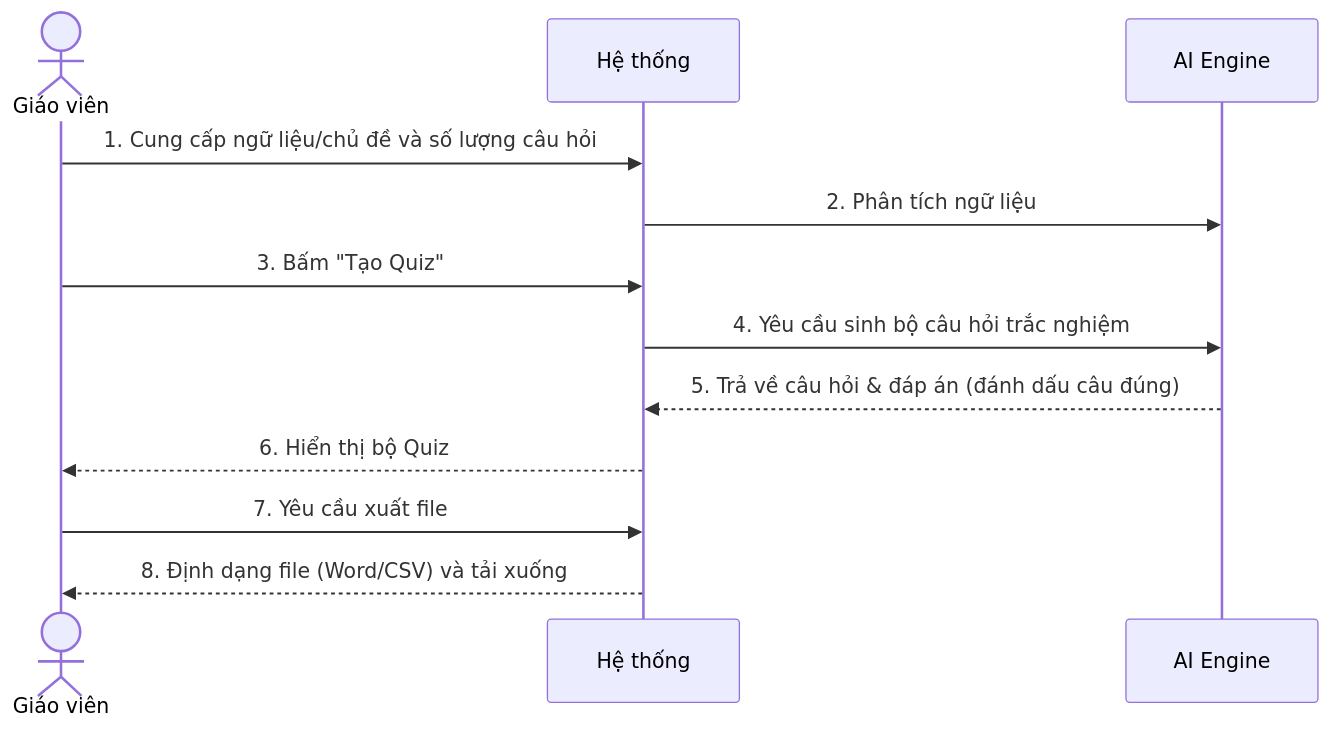
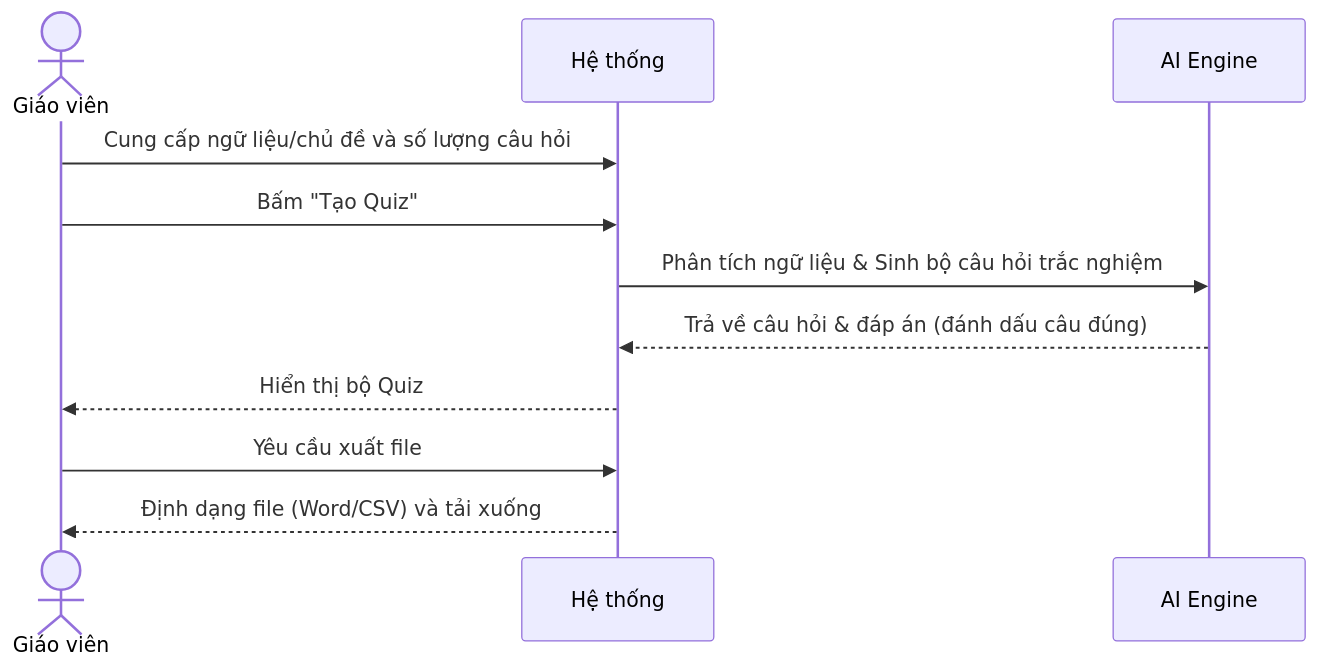
The third of 4 diagrams in docs/nhom_1_soan_giang.md (Cong-ty-TNNH-Q-Tech/Q-School), drawn with Mermaid before and after one commit. The commit also changed other lines of this file and 5 other files, not shown here.

Commit message:
docs: refine sequence diagrams logical flow and remove step numbers

````diff
--- a/docs/nhom_1_soan_giang.md
+++ b/docs/nhom_1_soan_giang.md
@@ -89,15 +89,14 @@
 ```mermaid
 sequenceDiagram
     actor GV as Giáo viên
     participant HT as Hệ thống
     participant AI as AI Engine
 
-    GV->>HT: 1. Cung cấp ngữ liệu/chủ đề và số lượng câu hỏi
-    HT->>AI: 2. Phân tích ngữ liệu
-    GV->>HT: 3. Bấm "Tạo Quiz"
-    HT->>AI: 4. Yêu cầu sinh bộ câu hỏi trắc nghiệm
-    AI-->>HT: 5. Trả về câu hỏi & đáp án (đánh dấu câu đúng)
-    HT-->>GV: 6. Hiển thị bộ Quiz
-    GV->>HT: 7. Yêu cầu xuất file
-    HT-->>GV: 8. Định dạng file (Word/CSV) và tải xuống
+    GV->>HT: Cung cấp ngữ liệu/chủ đề và số lượng câu hỏi
+    GV->>HT: Bấm "Tạo Quiz"
+    HT->>AI: Phân tích ngữ liệu & Sinh bộ câu hỏi trắc nghiệm
+    AI-->>HT: Trả về câu hỏi & đáp án (đánh dấu câu đúng)
+    HT-->>GV: Hiển thị bộ Quiz
+    GV->>HT: Yêu cầu xuất file
+    HT-->>GV: Định dạng file (Word/CSV) và tải xuống
 ```
````
